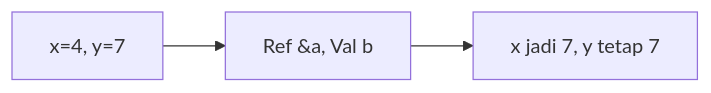
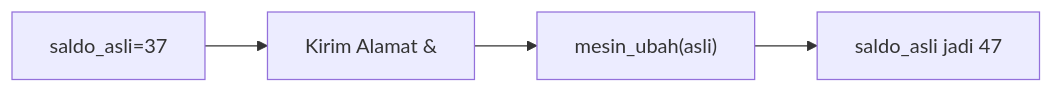
The fifth of 25 diagrams in part-c-pemahaman-cpp/04-fungsi/latihan/set-12.md (amnahwaida/OSNK_INF_PREP), drawn with Mermaid before and after one commit. The commit also changed other lines of this file and 71 other files, not shown here.

````diff
--- a/part-c-pemahaman-cpp/04-fungsi/latihan/set-12.md
+++ b/part-c-pemahaman-cpp/04-fungsi/latihan/set-12.md
@@ -128,5 +133,6 @@
 ```mermaid
 graph LR
-A["x=4, y=7"] --> B["Ref &a, Val b"]
-B --> C["x jadi 7, y tetap 7"]
+A["saldo_asli=37"] --> B["Kirim Alamat &"]
+B --> C["mesin_ubah(asli)"]
+C --> D["saldo_asli jadi 47"]
 ```
````
